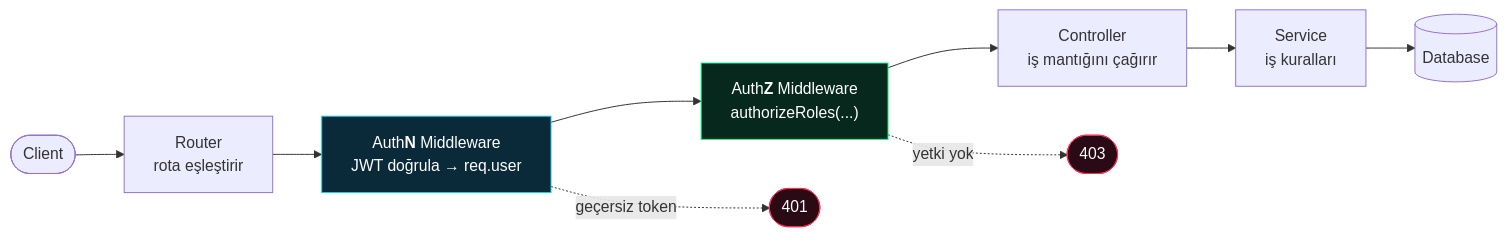
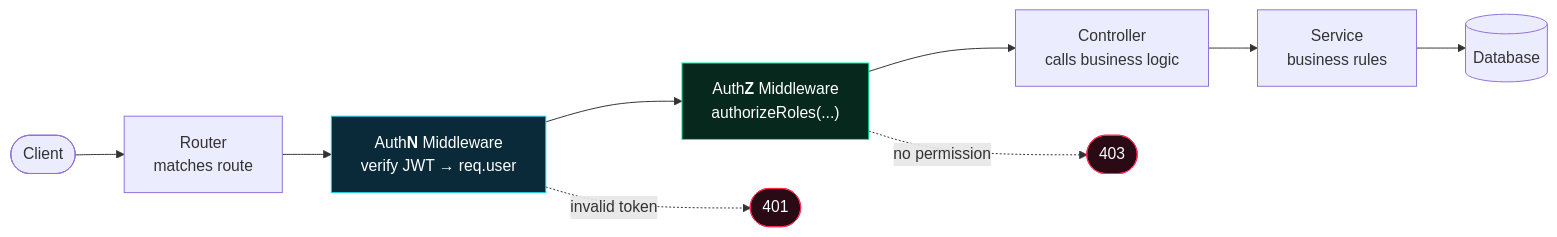
One commit to MYounesDev/auth-presentation changed the third of 3 diagrams in slides.md. Above: the diagram before and after it, drawn with Mermaid. The commit also changed other lines of this file and 1 other file, not shown here.

````diff
--- a/slides.md
+++ b/slides.md
@@ -363,15 +362,15 @@
 ```mermaid {theme:'dark', scale: 0.65}
 flowchart LR
-    C([Client]) --> R[Router<br/>rota eşleştirir]
-    R --> M1["Auth<b>N</b> Middleware<br/>JWT doğrula → req.user"]
+    C([Client]) --> R[Router<br/>matches route]
+    R --> M1["Auth<b>N</b> Middleware<br/>verify JWT → req.user"]
     M1 --> M2["Auth<b>Z</b> Middleware<br/>authorizeRoles(...)"]
-    M2 --> Ctrl[Controller<br/>iş mantığını çağırır]
-    Ctrl --> S[Service<br/>iş kuralları]
+    M2 --> Ctrl[Controller<br/>calls business logic]
+    Ctrl --> S[Service<br/>business rules]
     S --> DB[(Database)]
-    M1 -.->|geçersiz token| E1([401])
-    M2 -.->|yetki yok| E2([403])
+    M1 -.->|invalid token| E1([401])
+    M2 -.->|no permission| E2([403])
     style M1 fill:#0a2a3a,stroke:#22d3ee,color:#fff
     style M2 fill:#06281d,stroke:#00ff9c,color:#fff
     style E1 fill:#2a0a14,stroke:#ff2d55,color:#fff
     style E2 fill:#2a0a14,stroke:#ff2d55,color:#fff
 ```
````
